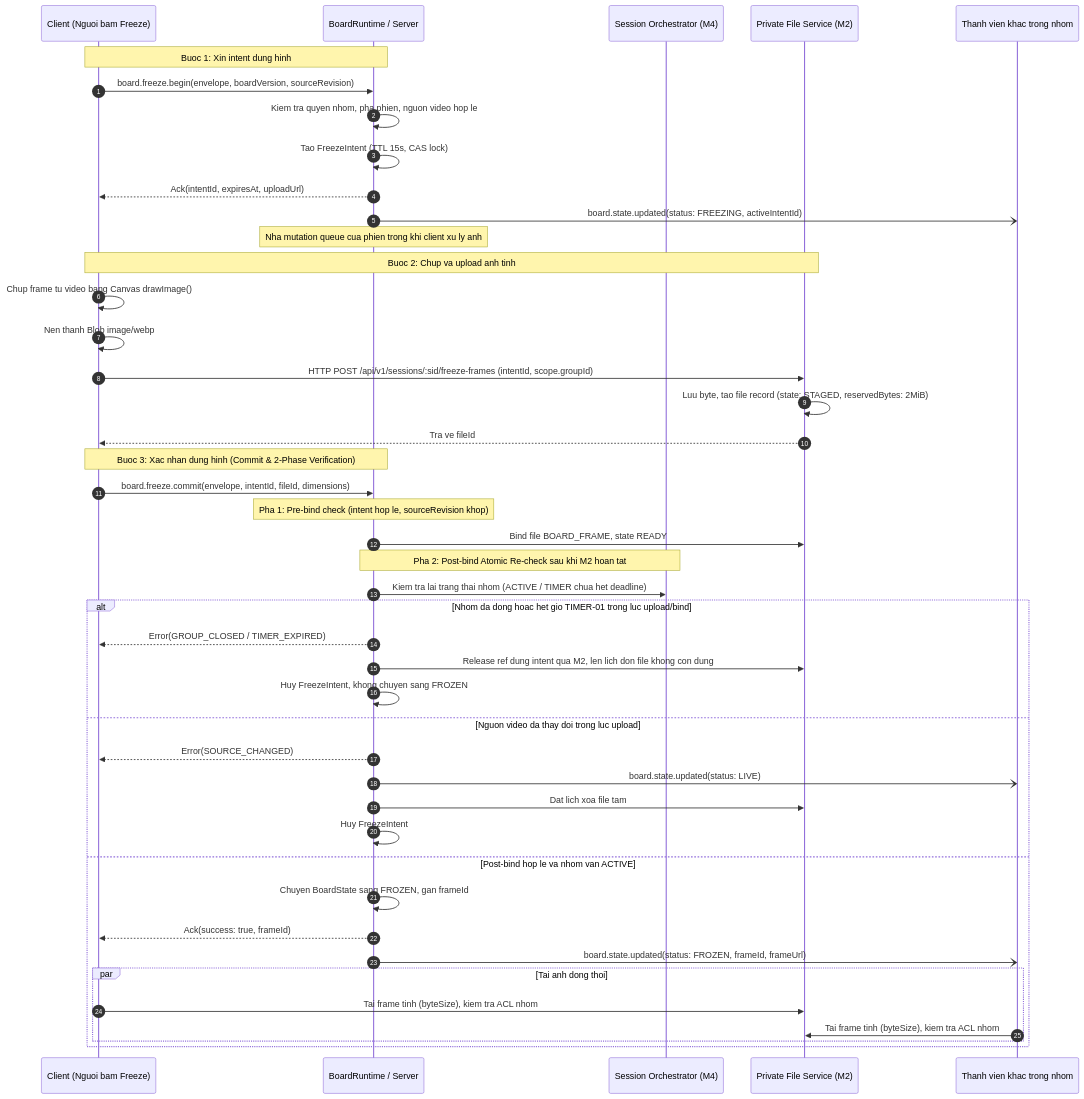
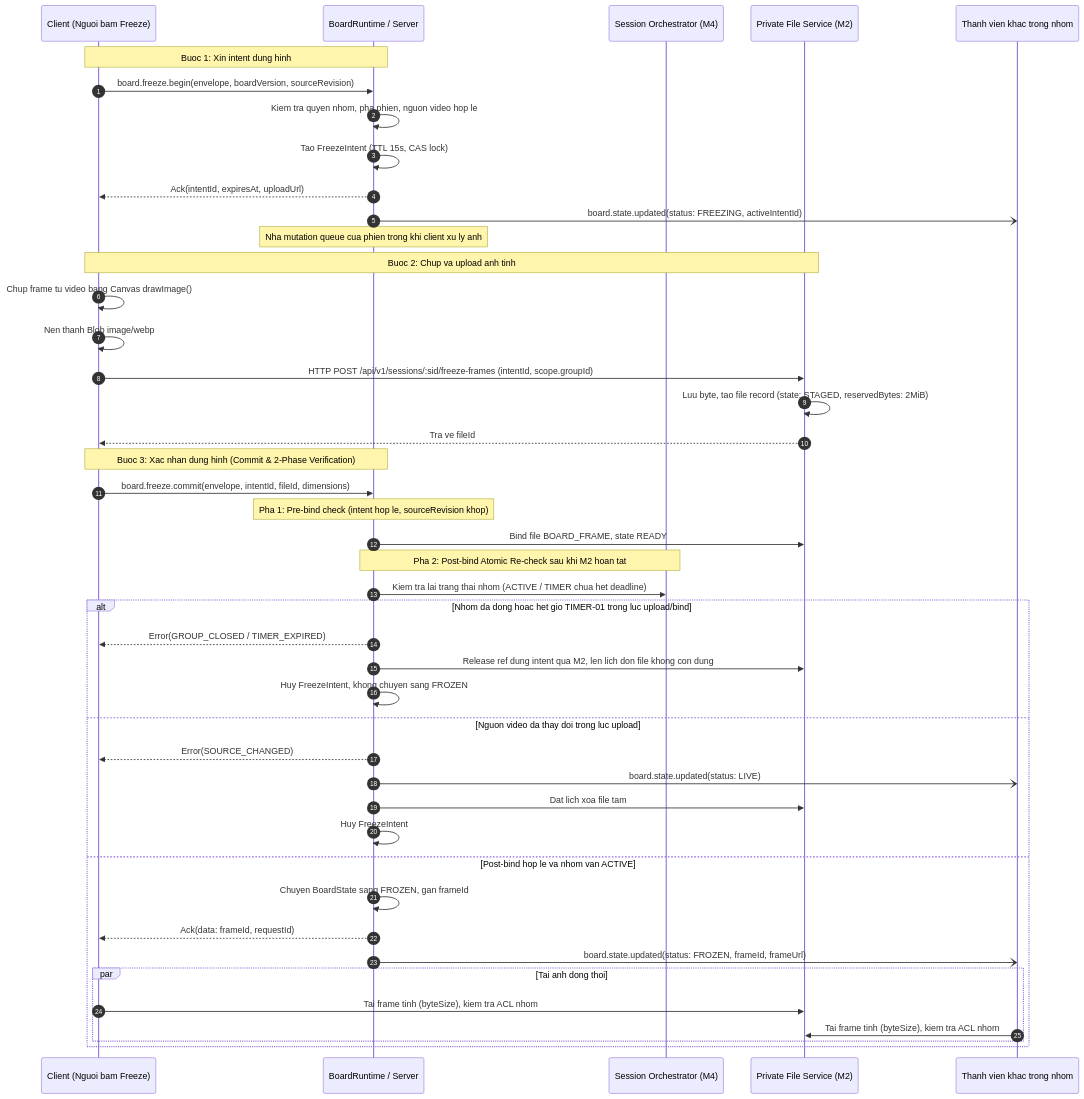
Before and after one commit to Lightning1507/CoLearnia: the fifth of 12 diagrams in docs/proposals/m5-board.md, drawn with Mermaid. The commit also changed other lines of this file and 11 other files, not shown here.

````diff
--- a/docs/proposals/m5-board.md
+++ b/docs/proposals/m5-board.md
@@ -548,49 +552,49 @@
 ```mermaid
 sequenceDiagram
   autonumber
   participant C as Client (Nguoi bam Freeze)
   participant S as BoardRuntime / Server
   participant M4 as Session Orchestrator (M4)
   participant F as Private File Service (M2)
   participant G as Thanh vien khac trong nhom
 
   Note over C,S: Buoc 1: Xin intent dung hinh
   C->>S: board.freeze.begin(envelope, boardVersion, sourceRevision)
   S->>S: Kiem tra quyen nhom, pha phien, nguon video hop le
   S->>S: Tao FreezeIntent (TTL 15s, CAS lock)
   S-->>C: Ack(intentId, expiresAt, uploadUrl)
   S-)G: board.state.updated(status: FREEZING, activeIntentId)
   Note over S: Nha mutation queue cua phien trong khi client xu ly anh
 
   Note over C,F: Buoc 2: Chup va upload anh tinh
   C->>C: Chup frame tu video bang Canvas drawImage()
   C->>C: Nen thanh Blob image/webp
   C->>F: HTTP POST /api/v1/sessions/:sid/freeze-frames (intentId, scope.groupId)
   F->>F: Luu byte, tao file record (state: STAGED, reservedBytes: 2MiB)
   F-->>C: Tra ve fileId
 
   Note over C,S: Buoc 3: Xac nhan dung hinh (Commit & 2-Phase Verification)
   C->>S: board.freeze.commit(envelope, intentId, fileId, dimensions)
   Note over S: Pha 1: Pre-bind check (intent hop le, sourceRevision khop)
   S->>F: Bind file BOARD_FRAME, state READY
   Note over S,M4: Pha 2: Post-bind Atomic Re-check sau khi M2 hoan tat
   S->>M4: Kiem tra lai trang thai nhom (ACTIVE / TIMER chua het deadline)
   alt Nhom da dong hoac het gio TIMER-01 trong luc upload/bind
     S-->>C: Error(GROUP_CLOSED / TIMER_EXPIRED)
     S->>F: Release ref dung intent qua M2, len lich don file khong con dung
     S->>S: Huy FreezeIntent, khong chuyen sang FROZEN
   else Nguon video da thay doi trong luc upload
     S-->>C: Error(SOURCE_CHANGED)
     S-)G: board.state.updated(status: LIVE)
     S->>F: Dat lich xoa file tam
     S->>S: Huy FreezeIntent
   else Post-bind hop le va nhom van ACTIVE
     S->>S: Chuyen BoardState sang FROZEN, gan frameId
-    S-->>C: Ack(success: true, frameId)
+    S-->>C: Ack(data: frameId, requestId)
     S-)G: board.state.updated(status: FROZEN, frameId, frameUrl)
     par Tai anh dong thoi
       C->>F: Tai frame tinh (byteSize), kiem tra ACL nhom
       G->>F: Tai frame tinh (byteSize), kiem tra ACL nhom
     end
   end
 ```
````
